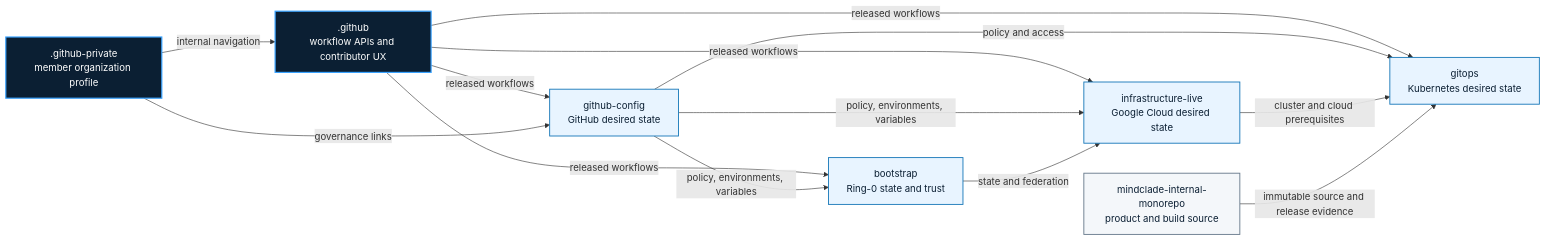
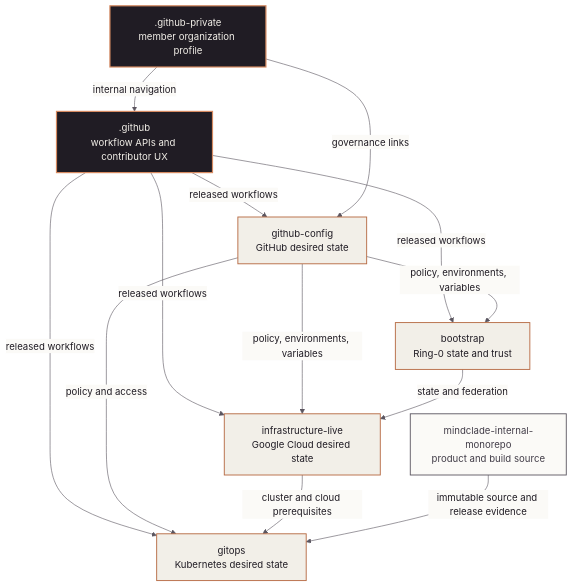
The diagram in README.md (mindclade/.github-old), drawn with Mermaid before and after one commit. The commit also changed other lines of this file and 17 other files, not shown here.

````diff
--- a/README.md
+++ b/README.md
@@ -29,30 +42,31 @@
 ```mermaid
-flowchart LR
+%%{init: {"theme":"base","themeVariables":{"primaryColor":"#F2EFE8","primaryTextColor":"#201C24","primaryBorderColor":"#B5673F","secondaryColor":"#FBFAF7","tertiaryColor":"#FBFAF7","lineColor":"#5B5660","edgeLabelBackground":"#FBFAF7","clusterBkg":"#FBFAF7","clusterBorder":"#E2DED4"}}}%%
+flowchart TD
     GH[".github<br/>workflow APIs and contributor UX"]
     GHP[".github-private<br/>member organization profile"]
     GC["github-config<br/>GitHub desired state"]
     BS["bootstrap<br/>Ring-0 state and trust"]
     IL["infrastructure-live<br/>Google Cloud desired state"]
     GO["gitops<br/>Kubernetes desired state"]
     MO["mindclade-internal-monorepo<br/>product and build source"]
 
     GH -->|released workflows| GC
     GHP -->|internal navigation| GH
     GHP -->|governance links| GC
     GH -->|released workflows| BS
     GH -->|released workflows| IL
     GH -->|released workflows| GO
     GC -->|policy, environments, variables| BS
     GC -->|policy, environments, variables| IL
     GC -->|policy and access| GO
     BS -->|state and federation| IL
     IL -->|cluster and cloud prerequisites| GO
     MO -->|immutable source and release evidence| GO
 
-    classDef shared fill:#0b1f33,color:#ffffff,stroke:#3aa3ff,stroke-width:2px;
-    classDef control fill:#e8f4ff,color:#0b1f33,stroke:#1677b8,stroke-width:1.5px;
-    classDef source fill:#f4f7fa,color:#0b1f33,stroke:#66788a,stroke-width:1.5px;
+    classDef shared fill:#201C24,color:#F2EFE8,stroke:#D68A61,stroke-width:2px;
+    classDef control fill:#F2EFE8,color:#201C24,stroke:#B5673F,stroke-width:1.5px;
+    classDef source fill:#FBFAF7,color:#423D48,stroke:#5B5660,stroke-width:1.5px;
     class GH,GHP shared;
     class GC,BS,IL,GO control;
     class MO source;
 ```
````
